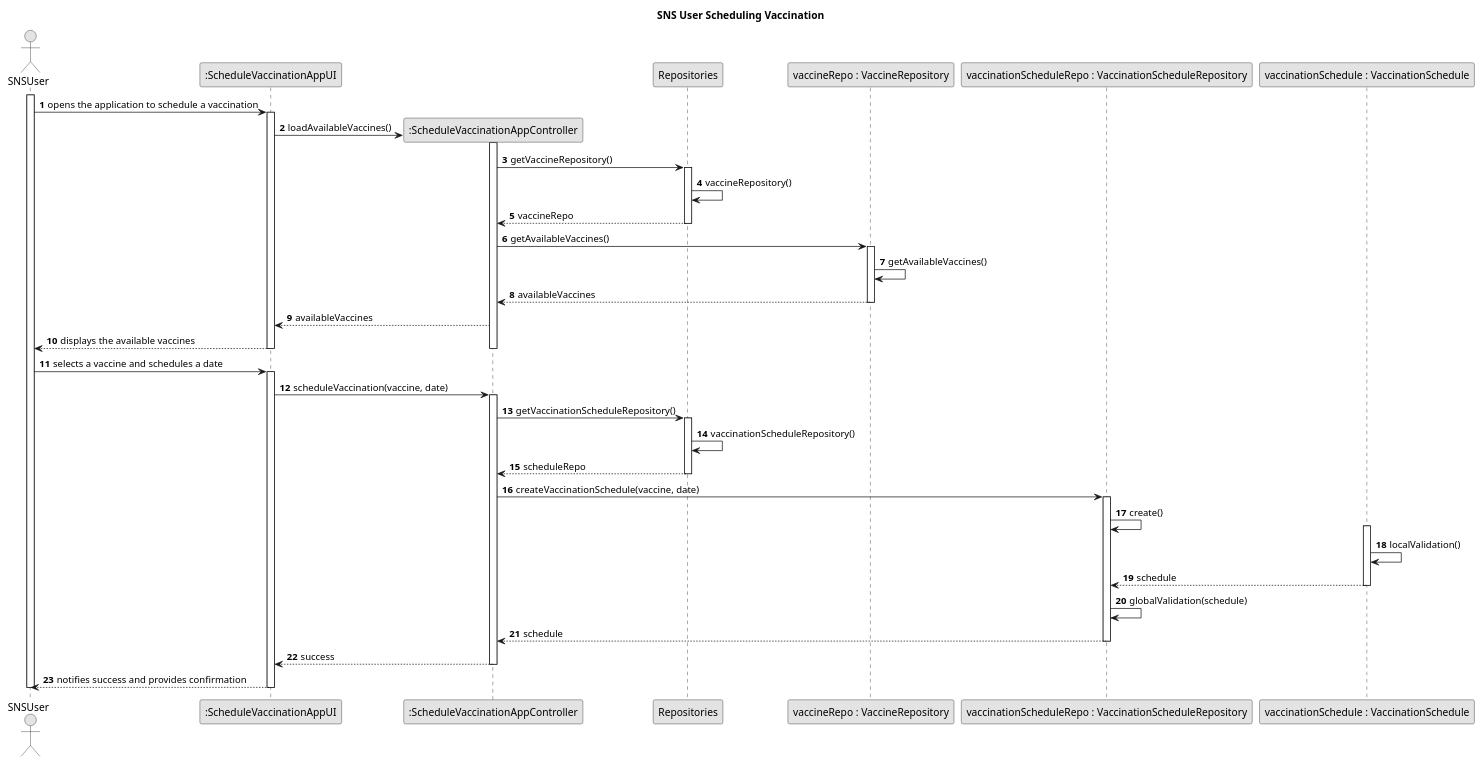
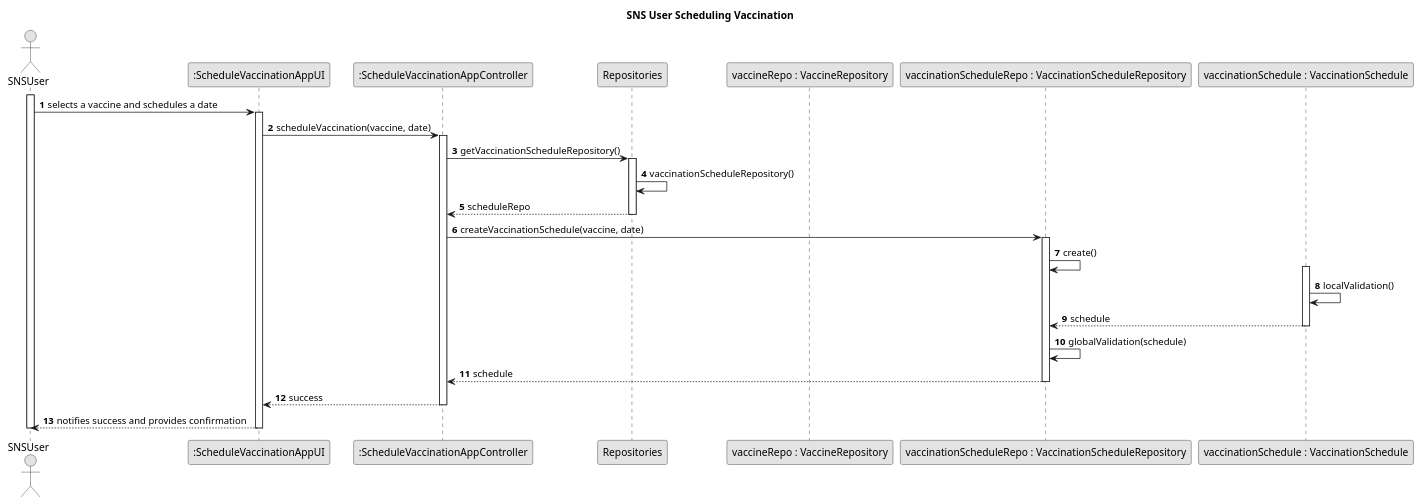
Before and after one commit to franciscomaia097/ProjectoPDS: the diagram in sns-base/doc/global/use-cases/UC030/uc030-sd.puml, drawn with PlantUML. The commit also changed 13 other files, not shown here.

Commit message:
Fixed UML Models, added Registe User classes

```diff
--- a/sns-base/doc/global/use-cases/UC030/uc030-sd.puml
+++ b/sns-base/doc/global/use-cases/UC030/uc030-sd.puml
@@ -1,65 +1,47 @@
 @startuml
 skinparam monochrome true
 skinparam packageStyle rectangle
 skinparam shadowing false
 
 title SNS User Scheduling Vaccination
 
 autonumber
 
 actor SNSUser
 participant ":ScheduleVaccinationAppUI" as ui
 participant ":ScheduleVaccinationAppController" as ctrl
 participant Repositories
 participant "vaccineRepo : VaccineRepository" as vaccineRepo
 participant "vaccinationScheduleRepo : VaccinationScheduleRepository" as scheduleRepo
 participant "vaccinationSchedule : VaccinationSchedule" as schedule
 
 activate SNSUser
 
-    SNSUser -> ui : opens the application to schedule a vaccination
-    activate ui
-        ui -> ctrl** : loadAvailableVaccines()
-        activate ctrl
-            ctrl -> Repositories : getVaccineRepository()
-            activate Repositories
-                Repositories -> Repositories : vaccineRepository()
-                Repositories --> ctrl : vaccineRepo
-            deactivate Repositories
-            ctrl -> vaccineRepo : getAvailableVaccines()
-            activate vaccineRepo
-                vaccineRepo -> vaccineRepo : getAvailableVaccines()
-                vaccineRepo --> ctrl : availableVaccines
-            deactivate vaccineRepo
-            ctrl --> ui : availableVaccines
-            ui --> SNSUser : displays the available vaccines
-        deactivate ctrl
-    deactivate ui
 
     SNSUser -> ui : selects a vaccine and schedules a date
     activate ui
         ui -> ctrl : scheduleVaccination(vaccine, date)
         activate ctrl
             ctrl -> Repositories : getVaccinationScheduleRepository()
             activate Repositories
                 Repositories -> Repositories : vaccinationScheduleRepository()
                 Repositories --> ctrl : scheduleRepo
             deactivate Repositories
             ctrl -> scheduleRepo : createVaccinationSchedule(vaccine, date)
             activate scheduleRepo
                 scheduleRepo -> scheduleRepo : create()
                 activate schedule
                     schedule -> schedule : localValidation()
                     schedule --> scheduleRepo : schedule
                 deactivate schedule
                 scheduleRepo -> scheduleRepo : globalValidation(schedule)
                 scheduleRepo --> ctrl : schedule
             deactivate scheduleRepo
             ctrl --> ui : success
         deactivate ctrl
         ui --> SNSUser : notifies success and provides confirmation
     deactivate ui
 
 deactivate SNSUser
 
 @enduml
```
